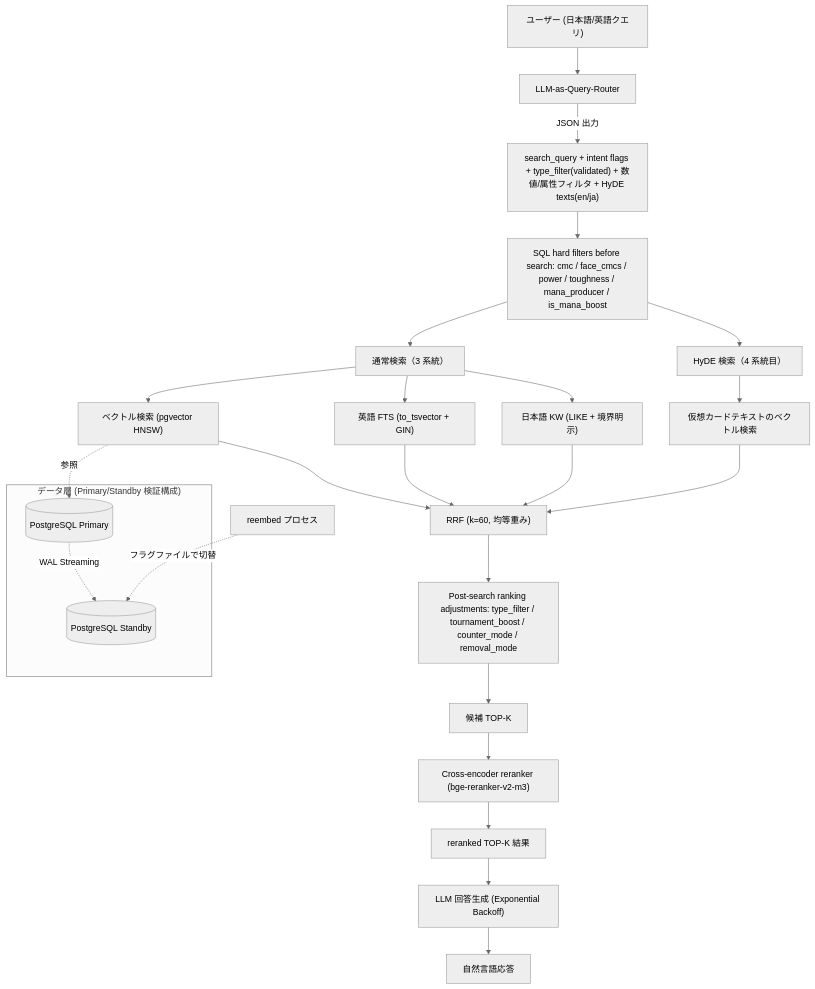
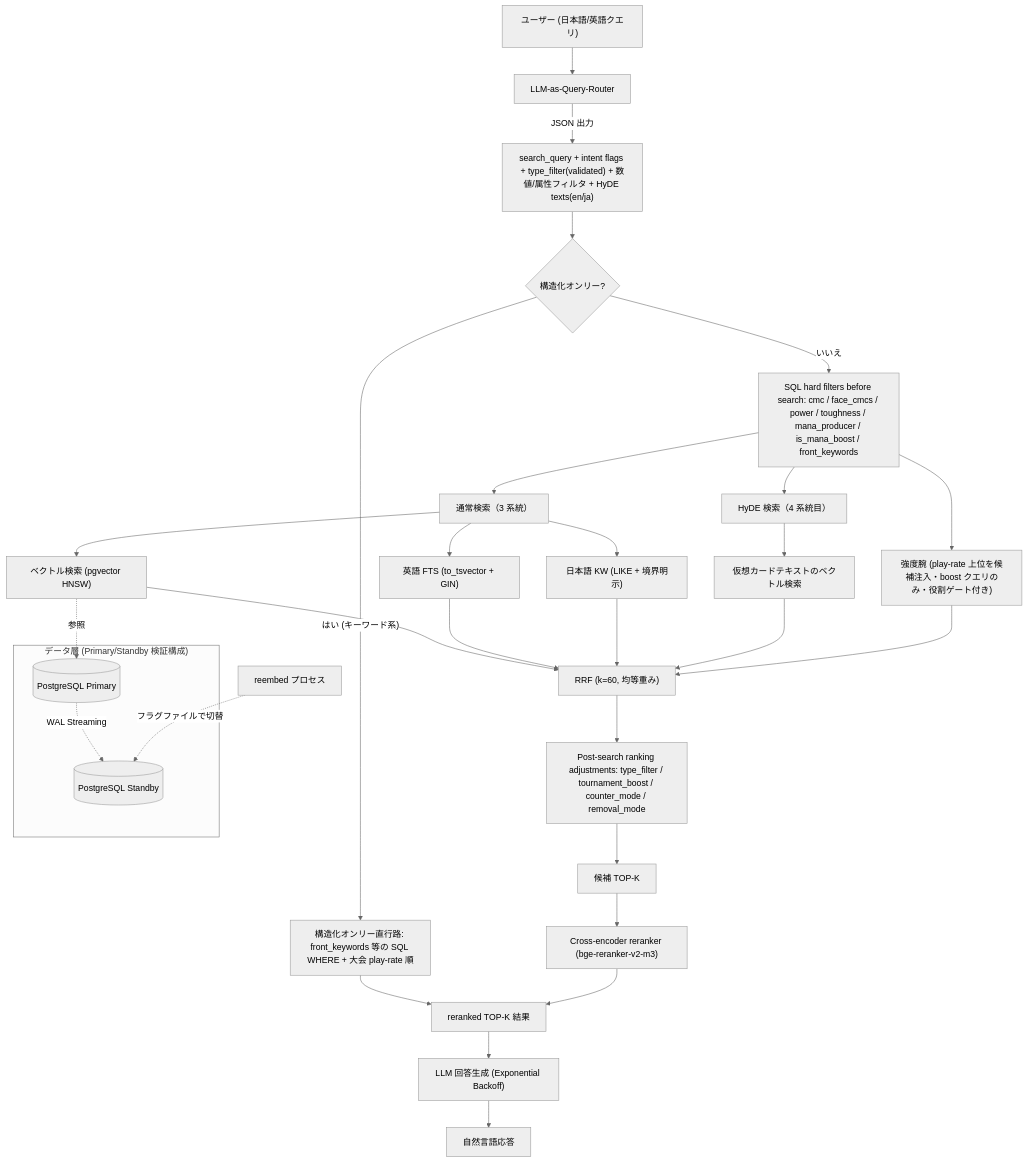
Before and after one commit to Sakaihashizo/mtg-rag: the first of 3 diagrams in README.md, drawn with Mermaid (neutral theme). The commit also changed other lines of this file and 1 other file, not shown here.

First line of the commit message:
Add query routing map (SVG) to README architecture section

````diff
--- a/README.md
+++ b/README.md
@@ -54,30 +62,35 @@
 ```mermaid
 flowchart TB
     User["ユーザー (日本語/英語クエリ)"] --> Router["LLM-as-Query-Router"]
     Router -->|JSON 出力| Parsed["search_query + intent flags + type_filter(validated) + 数値/属性フィルタ + HyDE texts(en/ja)"]
-    Parsed --> Hard["SQL hard filters before search: cmc / face_cmcs / power / toughness / mana_producer / is_mana_boost"]
+    Parsed --> Gate{"構造化オンリー?"}
+    Gate -->|"はい (キーワード系)"| Direct["構造化オンリー直行路: front_keywords 等の SQL WHERE + 大会 play-rate 順"]
+    Direct --> TopK
+    Gate -->|"いいえ"| Hard["SQL hard filters before search: cmc / face_cmcs / power / toughness / mana_producer / is_mana_boost / front_keywords"]
     Hard --> Search3["通常検索（3 系統）"]
     Hard --> HyDESearch["HyDE 検索（4 系統目）"]
     Search3 --> Vector["ベクトル検索 (pgvector HNSW)"]
     Search3 --> FTSEN["英語 FTS (to_tsvector + GIN)"]
     Search3 --> FTSJA["日本語 KW (LIKE + 境界明示)"]
     HyDESearch --> VectorHyDE["仮想カードテキストのベクトル検索"]
+    Hard --> Strength["強度腕 (play-rate 上位を候補注入・boost クエリのみ・役割ゲート付き)"]
     Vector --> RRF["RRF (k=60, 均等重み)"]
     FTSEN --> RRF
     FTSJA --> RRF
     VectorHyDE --> RRF
+    Strength --> RRF
     RRF --> Soft["Post-search ranking adjustments: type_filter / tournament_boost / counter_mode / removal_mode"]
     Soft --> CandidateTopK[候補 TOP-K]
     CandidateTopK --> Reranker["Cross-encoder reranker (bge-reranker-v2-m3)"]
     Reranker --> TopK[reranked TOP-K 結果]
     TopK --> LLM["LLM 回答生成 (Exponential Backoff)"]
     LLM --> Response[自然言語応答]
 
     subgraph "データ層 (Primary/Standby 検証構成)"
         Primary[("PostgreSQL Primary")]
         Standby[("PostgreSQL Standby")]
         Primary -. WAL Streaming .-> Standby
     end
     Vector -. 参照 .-> Primary
     Reembed[reembed プロセス] -. フラグファイルで切替 .-> Standby
 ```
````
